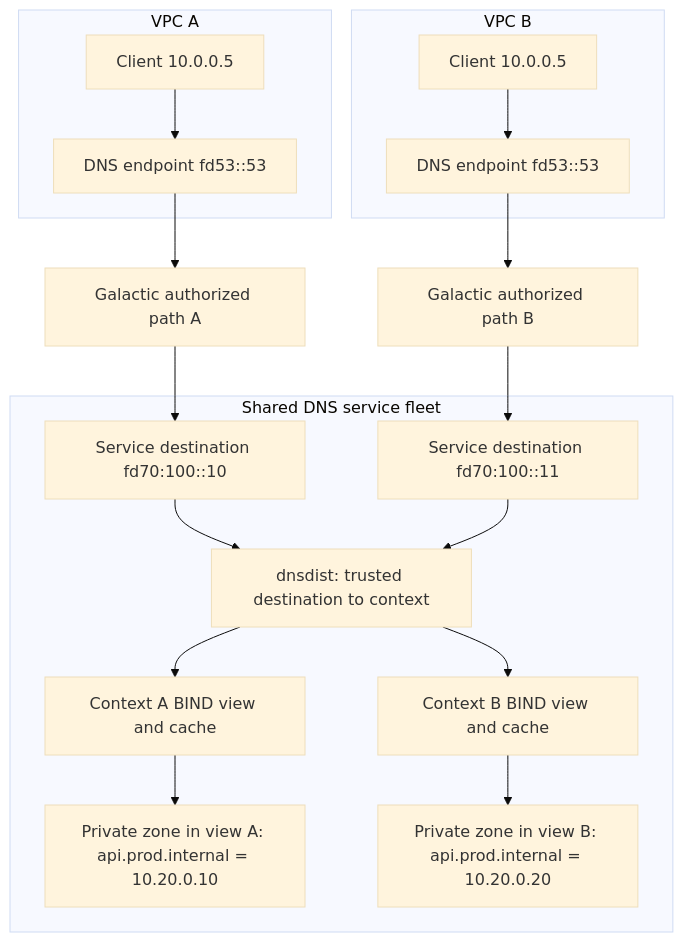
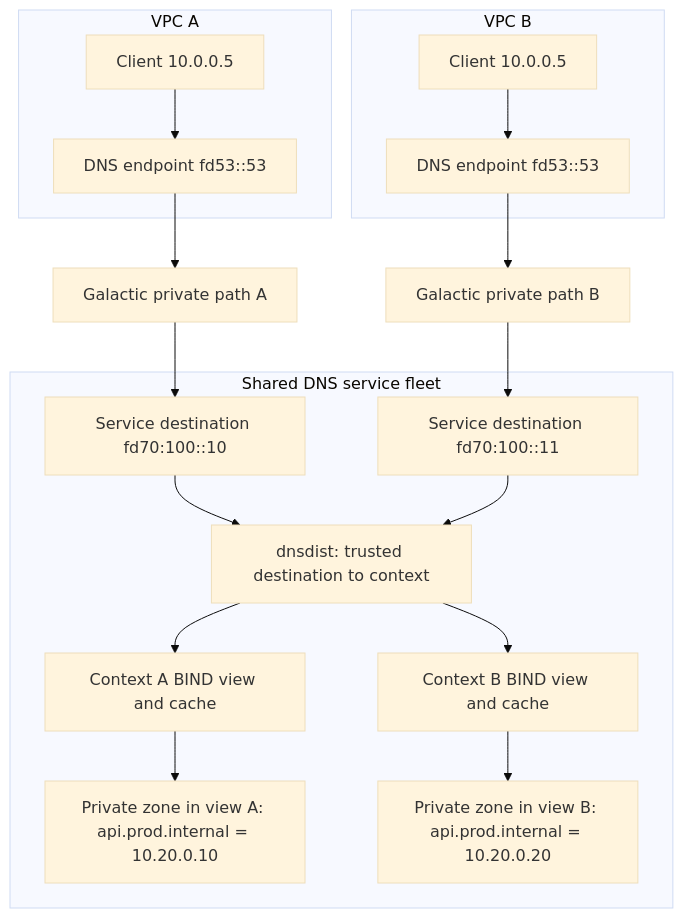
Before and after one commit to datum-cloud/dns-operator: the third of 4 diagrams in docs/architecture/internal-dns/README.md, drawn with Mermaid (base theme). The commit also changed other lines of this file, not shown here.

Commit message:
docs: Clarify query destination ownership

````diff
--- a/docs/architecture/internal-dns/README.md
+++ b/docs/architecture/internal-dns/README.md
@@ -152,21 +152,21 @@
 ```mermaid
 flowchart TB
   subgraph A[VPC A]
     ClientA[Client 10.0.0.5] --> FrontA[DNS endpoint fd53::53]
   end
   subgraph B[VPC B]
     ClientB[Client 10.0.0.5] --> FrontB[DNS endpoint fd53::53]
   end
-  FrontA --> GrantA[Galactic authorized path A]
-  FrontB --> GrantB[Galactic authorized path B]
-  GrantA --> DestA[Service destination fd70:100::10]
-  GrantB --> DestB[Service destination fd70:100::11]
+  FrontA --> PathA[Galactic private path A]
+  FrontB --> PathB[Galactic private path B]
+  PathA --> DestA[Service destination fd70:100::10]
+  PathB --> DestB[Service destination fd70:100::11]
   subgraph Shared[Shared DNS service fleet]
     DestA --> Dist[dnsdist: trusted destination to context]
     DestB --> Dist
     Dist --> ViewA[Context A BIND view and cache]
     Dist --> ViewB[Context B BIND view and cache]
     ViewA --> ZoneA[Private zone in view A: api.prod.internal = 10.20.0.10]
     ViewB --> ZoneB[Private zone in view B: api.prod.internal = 10.20.0.20]
   end
 ```
````
